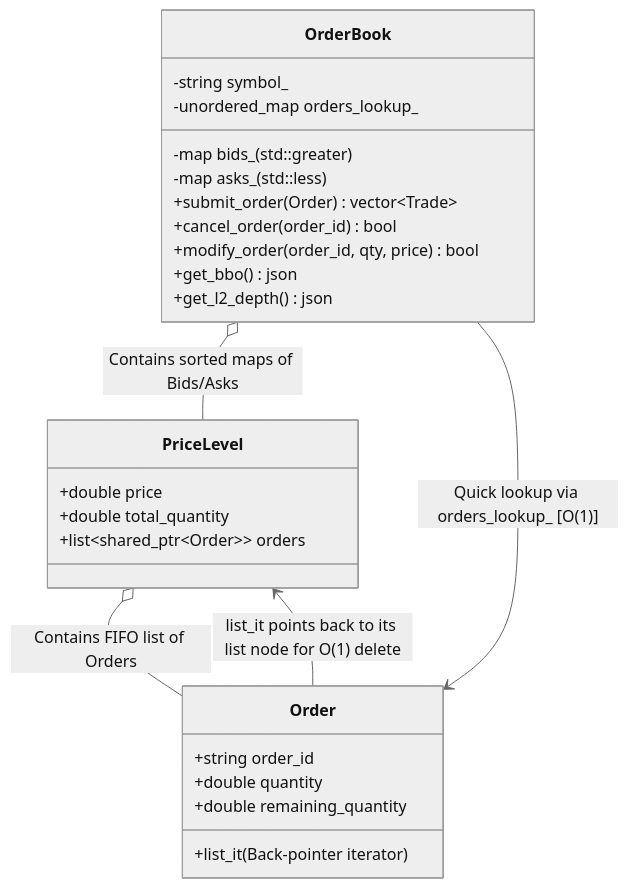
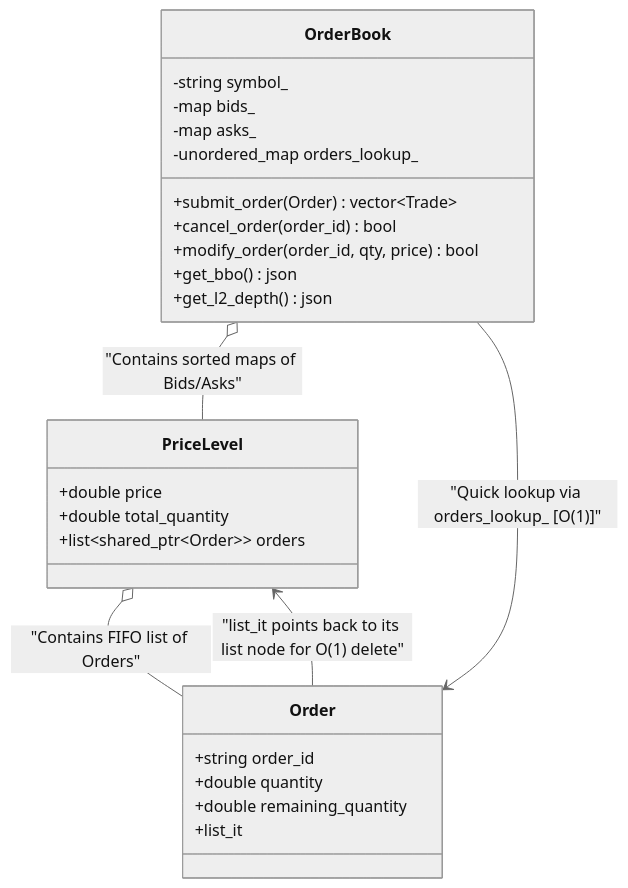
The first of 2 diagrams in explanations/order_book.md (Rishav123raj/BlockSprint), drawn with Mermaid (neutral theme) before and after one commit. The commit also changed 2 other files, not shown here.

Commit message:
fix Mermaid diagram syntax in architectural explanations

````diff
--- a/explanations/order_book.md
+++ b/explanations/order_book.md
@@ -32,32 +32,32 @@
 ```mermaid
 classDiagram
     class OrderBook {
         -string symbol_
-        -map bids_ (std::greater)
-        -map asks_ (std::less)
+        -map bids_
+        -map asks_
         -unordered_map orders_lookup_
         +submit_order(Order) vector~Trade~
         +cancel_order(order_id) bool
         +modify_order(order_id, qty, price) bool
         +get_bbo() json
         +get_l2_depth() json
     }
 
     class PriceLevel {
         +double price
         +double total_quantity
         +list~shared_ptr~Order~~ orders
     }
 
     class Order {
         +string order_id
         +double quantity
         +double remaining_quantity
-        +list_it (Back-pointer iterator)
+        +list_it
     }
 
-    OrderBook o-- PriceLevel : Contains sorted maps of Bids/Asks
-    PriceLevel o-- Order : Contains FIFO list of Orders
-    OrderBook --> Order : Quick lookup via orders_lookup_ [O(1)]
-    Order --> PriceLevel : list_it points back to its list node for O(1) delete
+    OrderBook o-- PriceLevel : "Contains sorted maps of Bids/Asks"
+    PriceLevel o-- Order : "Contains FIFO list of Orders"
+    OrderBook --> Order : "Quick lookup via orders_lookup_ [O(1)]"
+    Order --> PriceLevel : "list_it points back to its list node for O(1) delete"
 ```
````
